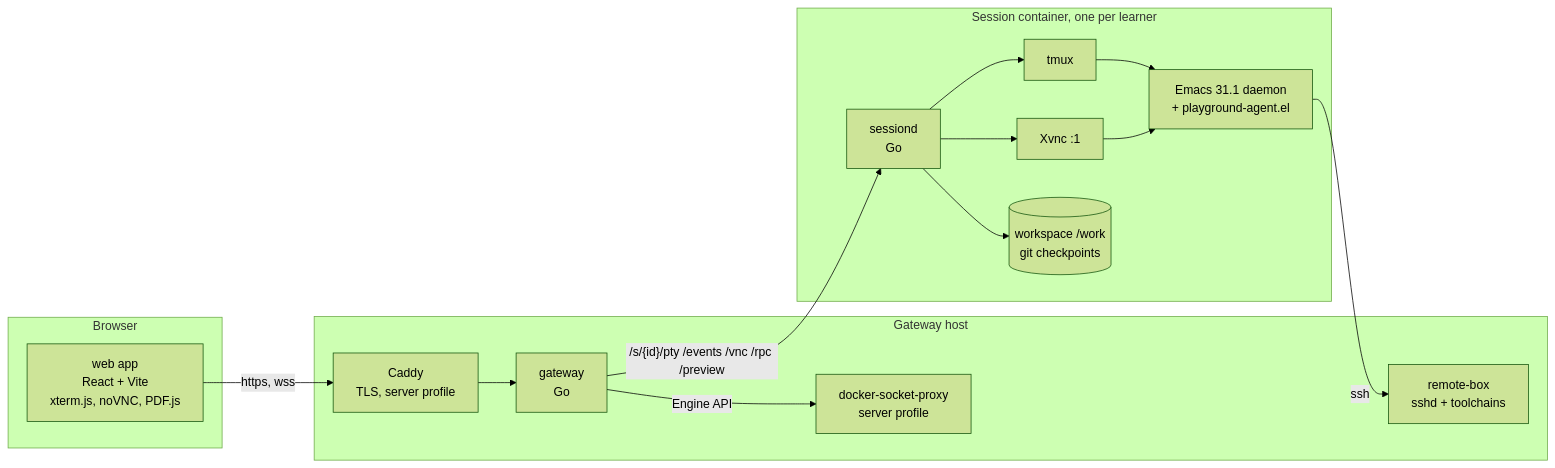
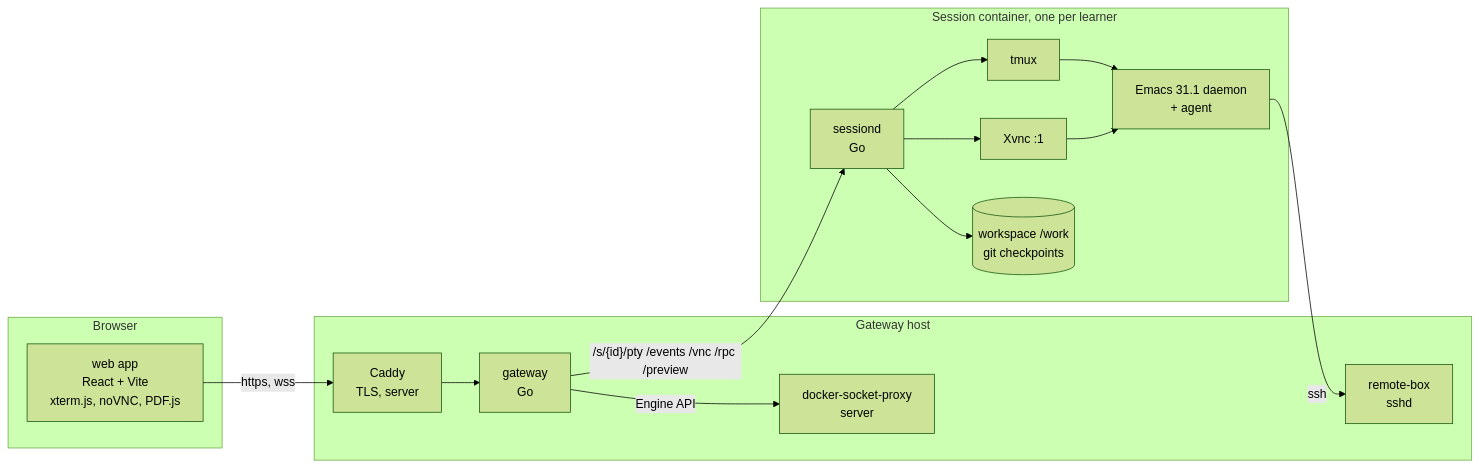
One commit to floatshadow/emacs-playground changed the diagram in docs/DESIGN.md. Above: the diagram before and after it, drawn with Mermaid (forest theme). The commit also changed other lines of this file and 14 other files, not shown here.

````diff
--- a/docs/DESIGN.md
+++ b/docs/DESIGN.md
@@ -47,26 +45,26 @@
 ```mermaid
 flowchart LR
   subgraph browser [Browser]
     W[web app<br/>React + Vite<br/>xterm.js, noVNC, PDF.js]
   end
   subgraph host [Gateway host]
-    C[Caddy<br/>TLS, server profile]
+    C[Caddy<br/>TLS, server]
     G[gateway<br/>Go]
-    P[docker-socket-proxy<br/>server profile]
-    R[remote-box<br/>sshd + toolchains]
+    P[docker-socket-proxy<br/>server]
+    R[remote-box<br/>sshd]
   end
   subgraph session [Session container, one per learner]
     S[sessiond<br/>Go]
     T[tmux]
-    E[Emacs 31.1 daemon<br/>+ playground-agent.el]
+    E[Emacs 31.1 daemon<br/>+ agent]
     X[Xvnc :1]
     F[(workspace /work<br/>git checkpoints)]
   end
   W -- https, wss --> C --> G
   G -- "/s/{id}/pty /events /vnc /rpc /preview" --> S
   G -- Engine API --> P
   S --> T --> E
   S --> X --> E
   S --> F
   E -- ssh --> R
 ```
````
